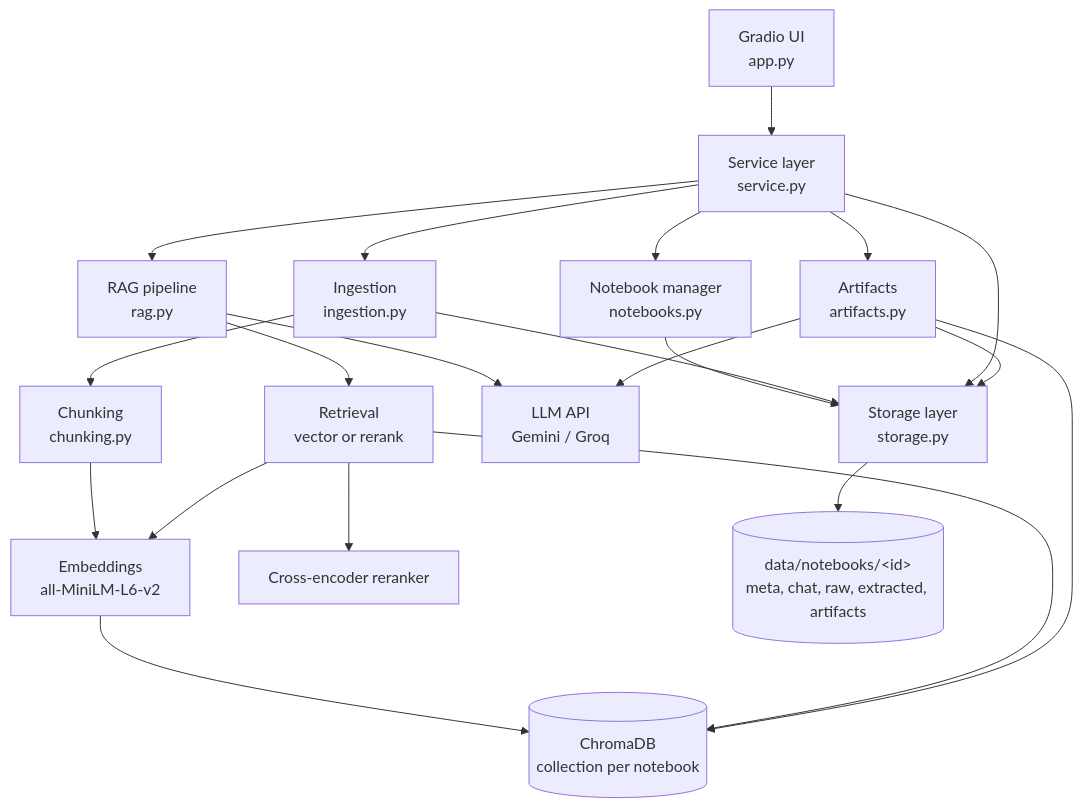
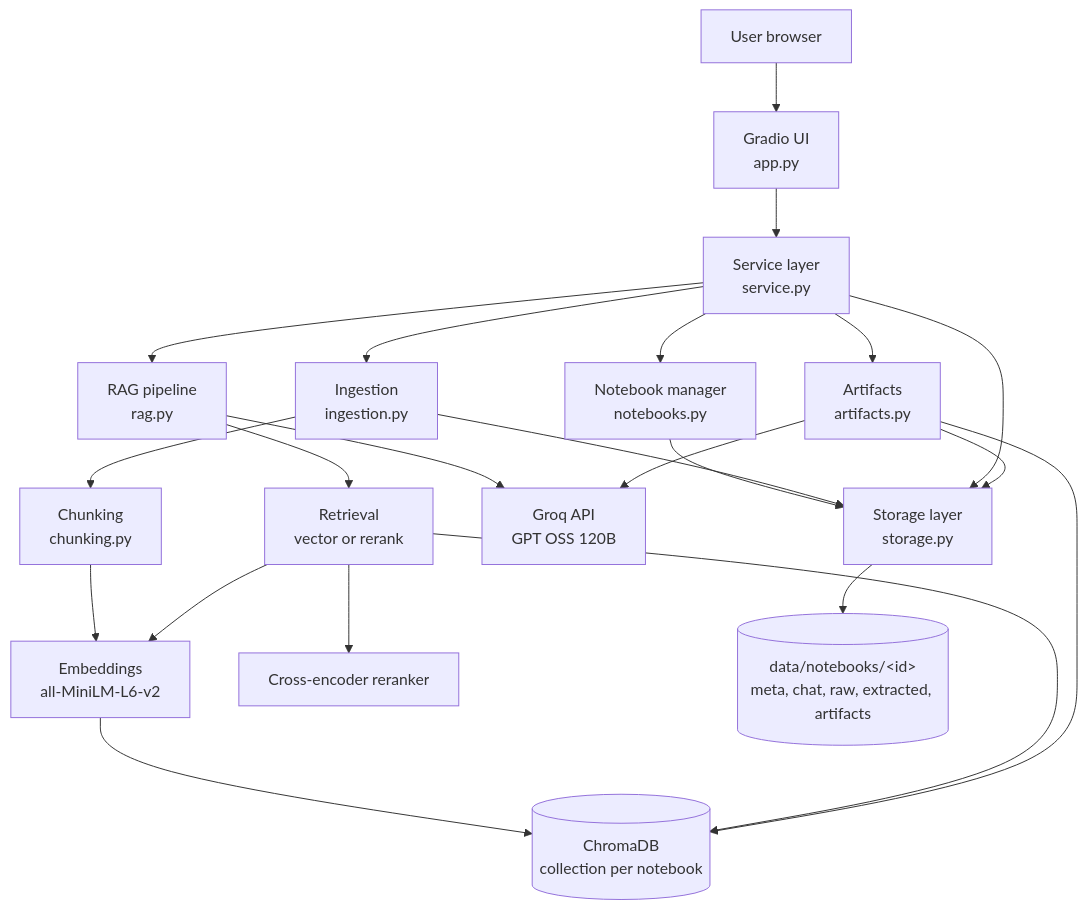
Before and after one commit to vyarabad/notebooklm-clone: the diagram in docs/architecture.md, drawn with Mermaid. The commit also changed other lines of this file, not shown here.

Commit message:
architecture.md update

````diff
--- a/docs/architecture.md
+++ b/docs/architecture.md
@@ -5,26 +5,27 @@
 ```mermaid
 flowchart TD
-    UI[Gradio UI<br/>app.py] --> SVC[Service layer<br/>service.py]
+    User[User browser] --> UI[Gradio UI<br/>app.py]
+    UI --> SVC[Service layer<br/>service.py]
     SVC --> NB[Notebook manager<br/>notebooks.py]
     SVC --> ING[Ingestion<br/>ingestion.py]
     SVC --> RAG[RAG pipeline<br/>rag.py]
     SVC --> ART[Artifacts<br/>artifacts.py]
 
     ING --> CH[Chunking<br/>chunking.py]
     CH --> EMB[Embeddings<br/>all-MiniLM-L6-v2]
     EMB --> VDB[(ChromaDB<br/>collection per notebook)]
 
     RAG --> RET[Retrieval<br/>vector or rerank]
     RET --> EMB
     RET --> VDB
     RET --> RR[Cross-encoder reranker]
-    RAG --> LLM[LLM API<br/>Gemini / Groq]
+    RAG --> LLM[Groq API<br/>GPT OSS 120B]
     ART --> VDB
     ART --> LLM
 
     NB --> ST[Storage layer<br/>storage.py]
     ING --> ST
     SVC --> ST
     ART --> ST
     ST --> FS[(data/notebooks/&lt;id&gt;<br/>meta, chat, raw, extracted, artifacts)]
 ```
````
